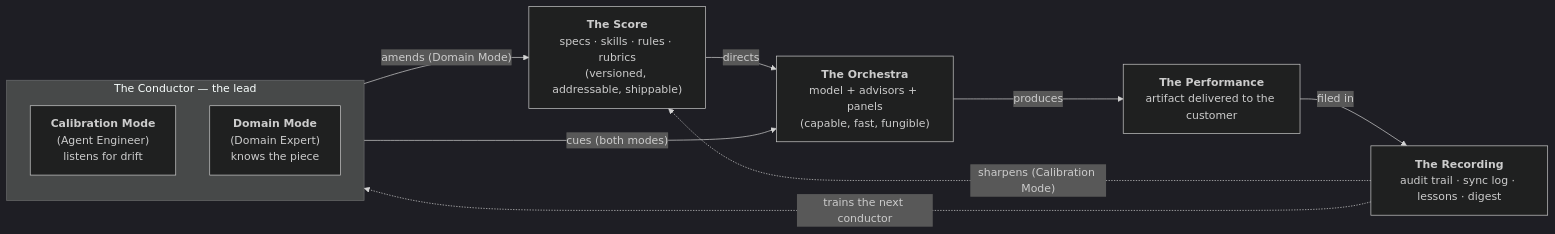
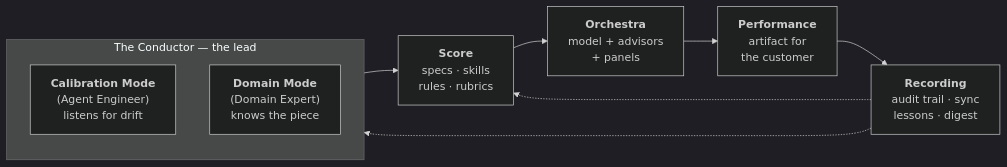
The third of 4 diagrams in agent-engineering-whitepaper.md (issamjadar-eng/PDLC_DEMO), drawn with Mermaid (dark theme) before and after one commit. The commit also changed other lines of this file and 2 other files, not shown here.

First line of the commit message:
task ben/034: six refinements — T&M numbers, Conductor diagram, soften language, strip provenance, compounding curve, assumptions

````diff
--- a/agent-engineering-whitepaper.md
+++ b/agent-engineering-whitepaper.md
@@ -1050,19 +1066,19 @@
 ```mermaid
 flowchart LR
     subgraph CONDUCTOR["The Conductor — the lead"]
-        EM["<b>Calibration Mode</b><br/>(Agent Engineer)<br/>listens for drift"]
-        DM["<b>Domain Mode</b><br/>(Domain Expert)<br/>knows the piece"]
+      direction TB
+      EM["<b>Calibration Mode</b><br/>(Agent Engineer)<br/>listens for drift"]
+      DM["<b>Domain Mode</b><br/>(Domain Expert)<br/>knows the piece"]
     end
-    SCORE["<b>The Score</b><br/>specs · skills · rules · rubrics<br/>(versioned, addressable, shippable)"]
-    ORCH["<b>The Orchestra</b><br/>model + advisors + panels<br/>(capable, fast, fungible)"]
-    PERF["<b>The Performance</b><br/>artifact delivered to the customer"]
-    REC["<b>The Recording</b><br/>audit trail · sync log · lessons · digest"]
+    SCORE["<b>Score</b><br/>specs · skills<br/>rules · rubrics"]
+    ORCH["<b>Orchestra</b><br/>model + advisors<br/>+ panels"]
+    PERF["<b>Performance</b><br/>artifact for<br/>the customer"]
+    REC["<b>Recording</b><br/>audit trail · sync<br/>lessons · digest"]
 
-    CONDUCTOR -- "amends (Domain Mode)" --> SCORE
-    CONDUCTOR -- "cues (both modes)" --> ORCH
-    SCORE -- "directs" --> ORCH
-    ORCH -- "produces" --> PERF
-    PERF -- "filed in" --> REC
-    REC -. "sharpens (Calibration Mode)" .-> SCORE
-    REC -. "trains the next conductor" .-> CONDUCTOR
+    CONDUCTOR --> SCORE
+    SCORE --> ORCH
+    ORCH --> PERF
+    PERF --> REC
+    REC -.-> SCORE
+    REC -.-> CONDUCTOR
 ```
````
